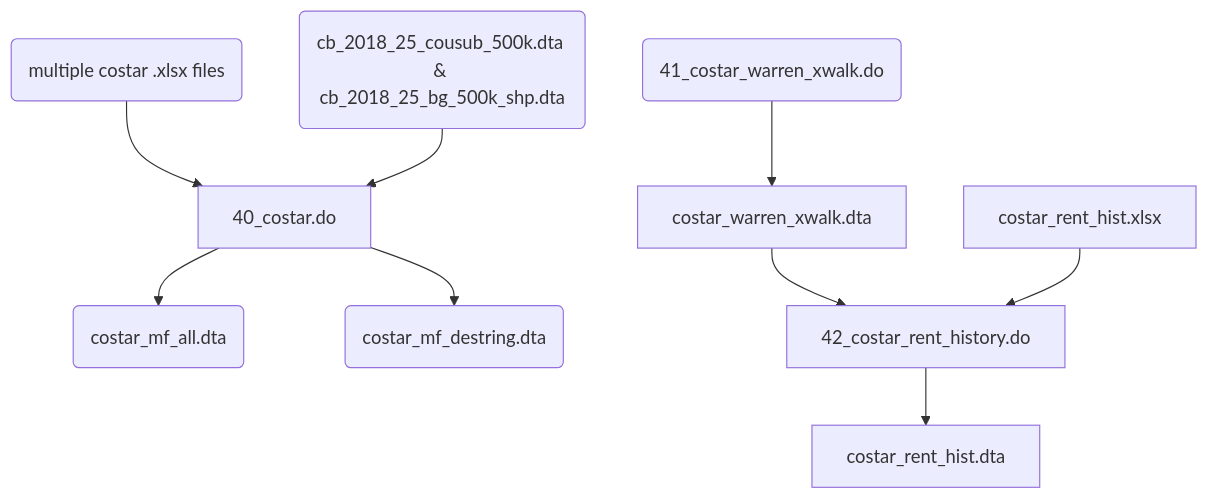
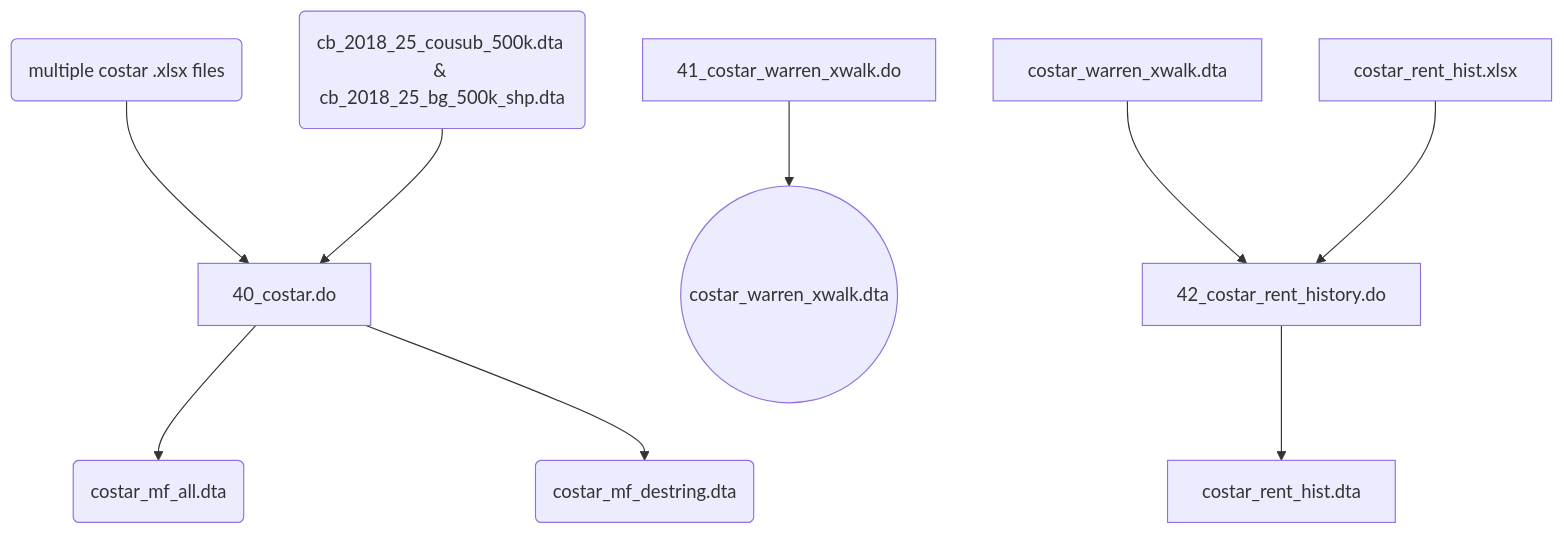
The fifth of 8 diagrams in code/data_setup/README.md (nchiumenti/boston_zoning), drawn with Mermaid before and after one commit.

````diff
--- a/code/data_setup/README.md
+++ b/code/data_setup/README.md
@@ -109,12 +109,12 @@
 ```mermaid
 flowchart TD
     A(multiple costar .xlsx files)
     B(cb_2018_25_cousub_500k.dta & cb_2018_25_bg_500k_shp.dta)
     E[40_costar.do]
     C(costar_mf_all.dta)
     D(costar_mf_destring.dta)
 
 A & B --> E --> C & D
-id1(41_costar_warren_xwalk.do) --> costar_warren_xwalk.dta
+id1[41_costar_warren_xwalk.do] --> id2((costar_warren_xwalk.dta))
 costar_warren_xwalk.dta & costar_rent_hist.xlsx --> 42_costar_rent_history.do --> costar_rent_hist.dta
 ```
````
